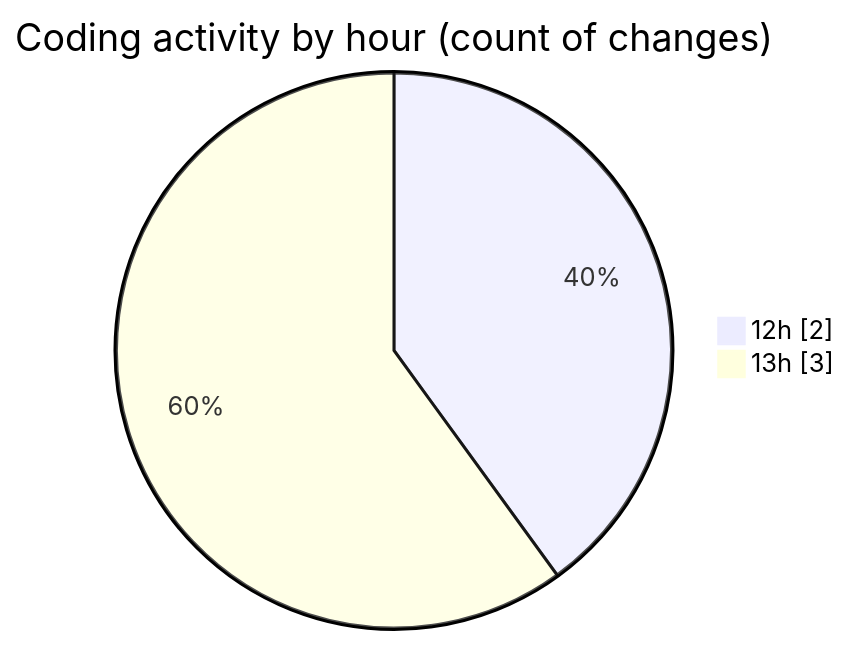
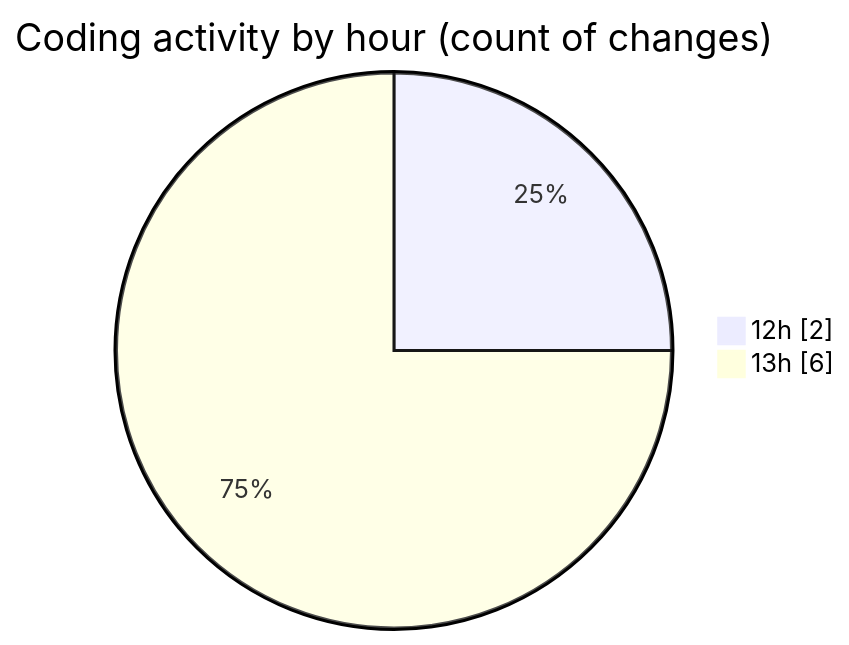
One commit to NitaiMahat/code-tracking changed the second of 2 diagrams in 2025-03-11/inventor/README.md. Above: the diagram before and after it, drawn with Mermaid. The commit also changed other lines of this file and 1 other file, not shown here.

````diff
--- a/2025-03-11/inventor/README.md
+++ b/2025-03-11/inventor/README.md
@@ -29,6 +30,6 @@
 ```mermaid
 pie showData
 title Coding activity by hour (count of changes)
 "12h" : 2
-"13h" : 3
+"13h" : 6
 ```
````
